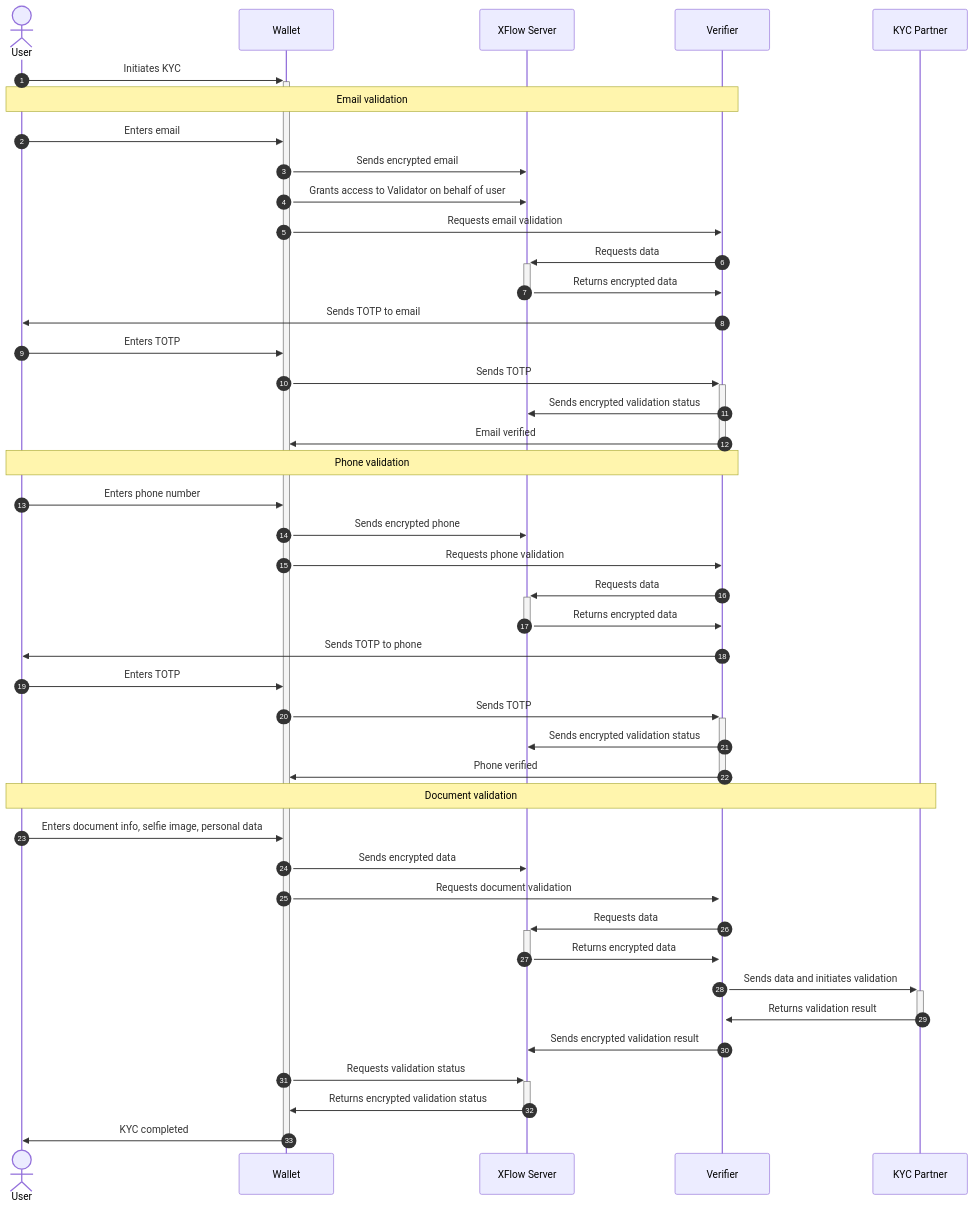
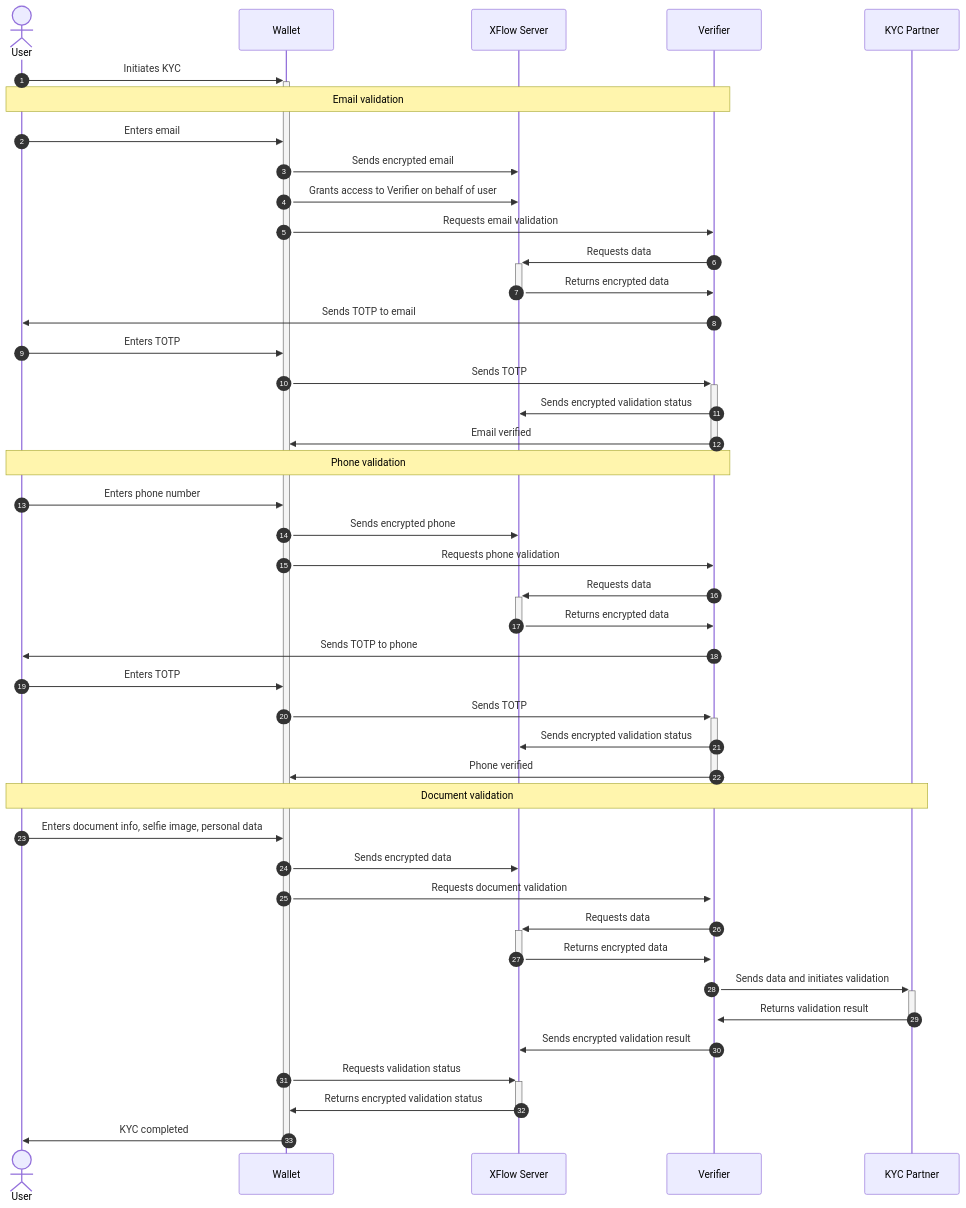
One commit to espresso-cash/docs changed the diagram in overview/kyc-flow.md. Above: the diagram before and after it, drawn with Mermaid.

Commit message:
GITBOOK-23: No subject

````diff
--- a/overview/kyc-flow.md
+++ b/overview/kyc-flow.md
@@ -25,54 +25,54 @@
 ```mermaid
 sequenceDiagram
     autonumber
     
     actor User
     participant Wallet
     participant KYC as XFlow Server
     participant Verifier
     participant Partner as KYC Partner
     
     User->>+Wallet: Initiates KYC
     
     Note over User,Verifier: Email validation
     User->>Wallet: Enters email
     Wallet->>KYC: Sends encrypted email
-    Wallet->>KYC: Grants access to Validator on behalf of user
+    Wallet->>KYC: Grants access to Verifier on behalf of user
 
     Wallet->>Verifier: Requests email validation
     Verifier->>+KYC: Requests data
     KYC->>-Verifier: Returns encrypted data
     Verifier->>User: Sends TOTP to email
     User->>Wallet: Enters TOTP
     Wallet->>+Verifier: Sends TOTP
     Verifier->>KYC: Sends encrypted validation status
     Verifier->>-Wallet: Email verified
 
     Note over User,Verifier: Phone validation
     User->>Wallet: Enters phone number
     Wallet->>KYC: Sends encrypted phone
 
     Wallet->>Verifier: Requests phone validation
     Verifier->>+KYC: Requests data
     KYC->>-Verifier: Returns encrypted data
     Verifier->>User: Sends TOTP to phone
     User->>Wallet: Enters TOTP
     Wallet->>+Verifier: Sends TOTP
     Verifier->>KYC: Sends encrypted validation status
     Verifier->>-Wallet: Phone verified
 
     Note over User,Partner: Document validation
     User->>Wallet: Enters document info, selfie image, personal data
     Wallet->>KYC: Sends encrypted data
     
     Wallet->>+Verifier: Requests document validation
     Verifier->>+KYC: Requests data
     KYC->>-Verifier: Returns encrypted data
     Verifier->>+Partner: Sends data and initiates validation
     Partner->>-Verifier: Returns validation result
     Verifier->>KYC: Sends encrypted validation result
     Wallet->>+KYC: Requests validation status
     KYC->>-Wallet: Returns encrypted validation status
     
     Wallet->>-User: KYC completed
 ```
````
